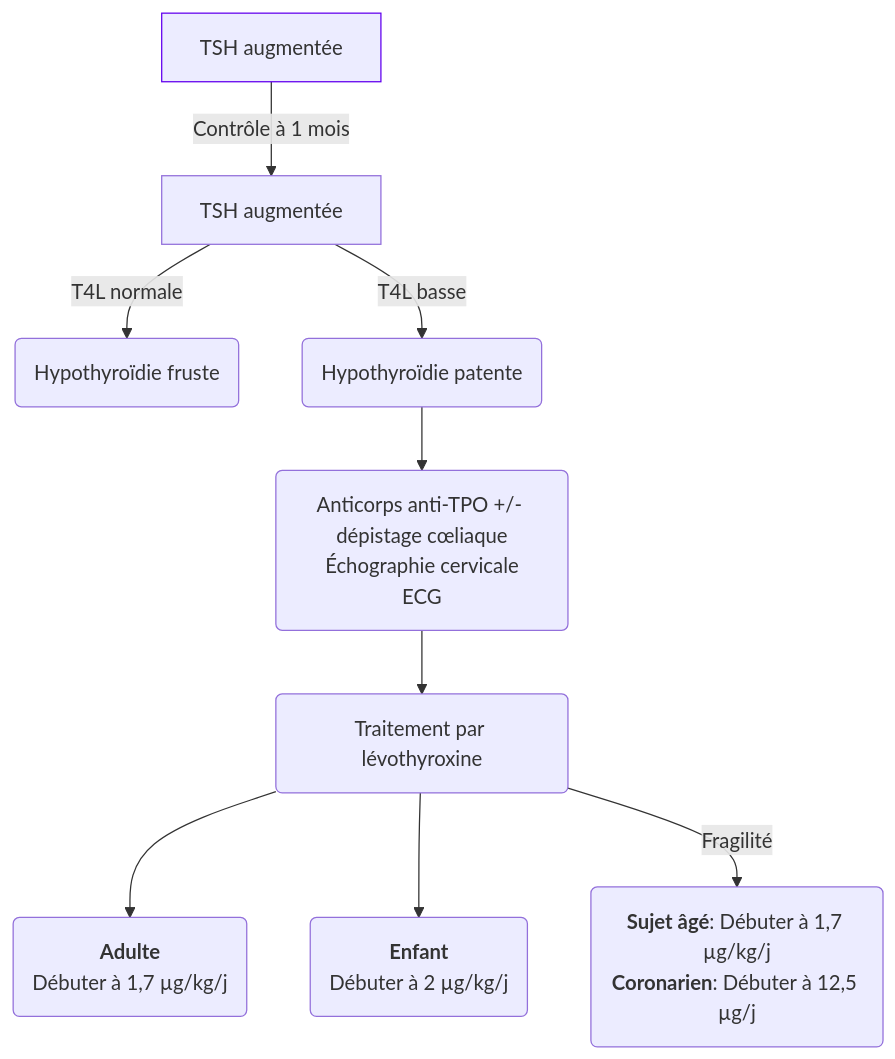
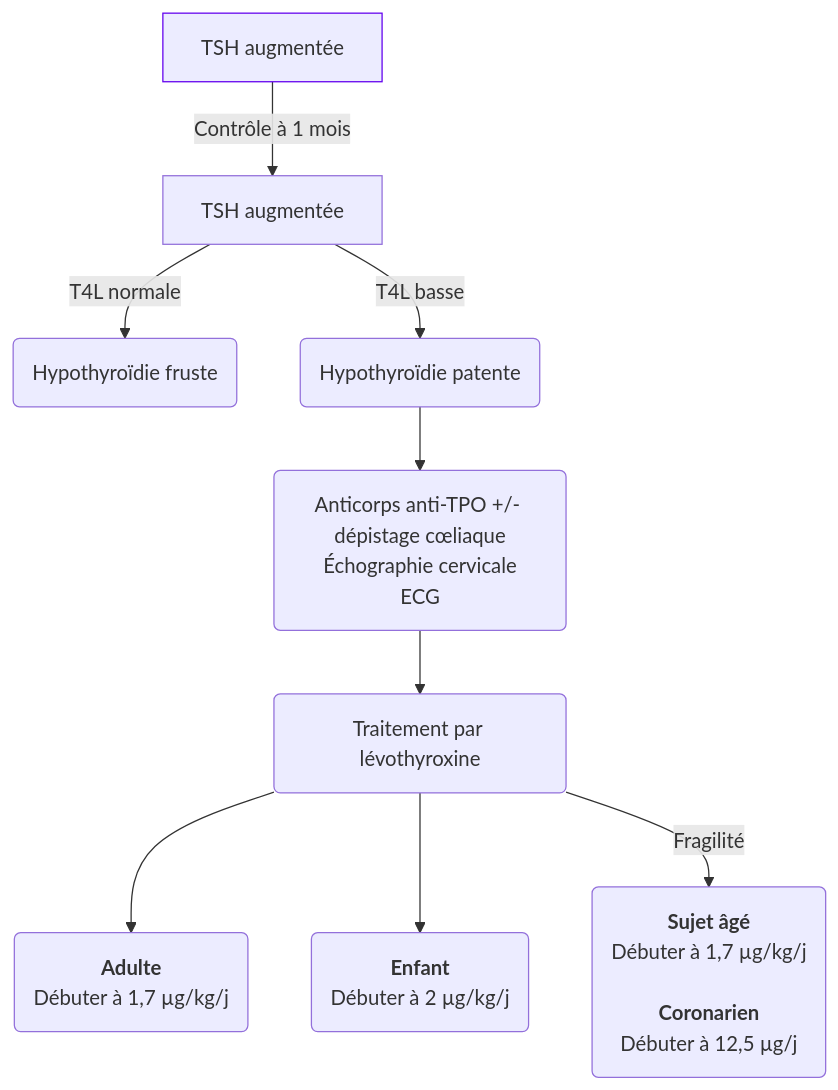
One commit to djibe/recommandations-medicales changed the diagram in content/recommandations/hypothyroidie.md. Above: the diagram before and after it, drawn with Mermaid. The commit also changed other lines of this file and 23 other files, not shown here.

```diff
--- a/content/recommandations/hypothyroidie.md
+++ b/content/recommandations/hypothyroidie.md
@@ -264,12 +264,12 @@
 {{< mermaid >}}
 graph TB
   decouverte["TSH augmentée"] --"Contrôle à 1 mois"--> TSH["TSH augmentée"]
   style decouverte stroke:#6200ee, stroke-width:1px
     TSH --"T4L normale"--> hTFruste("Hypothyroïdie fruste")
     TSH --"T4L basse"--> hT("Hypothyroïdie patente")
       hT --> bilan("Anticorps anti-TPO +/- dépistage cœliaque<br>Échographie cervicale<br>ECG")
         bilan --> traitement("Traitement par lévothyroxine")
           traitement --> adulte("<strong>Adulte</strong><br>Débuter à 1,7 µg/kg/j")
           traitement --> enfant("<strong>Enfant</strong><br>Débuter à 2 µg/kg/j")
-          traitement --"Fragilité"--> fragile("<strong>Sujet âgé</strong>: Débuter à 1,7 µg/kg/j<br><strong>Coronarien</strong>: Débuter à 12,5 µg/j")
+          traitement --"Fragilité"--> fragile("<strong>Sujet âgé</strong><br>Débuter à 1,7 µg/kg/j<br><br><strong>Coronarien</strong><br>Débuter à 12,5 µg/j")
 {{< /mermaid >}}
```
